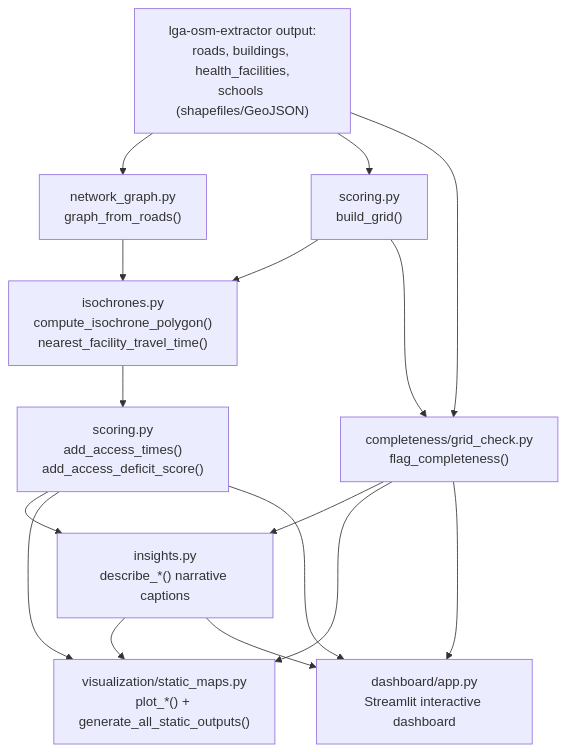
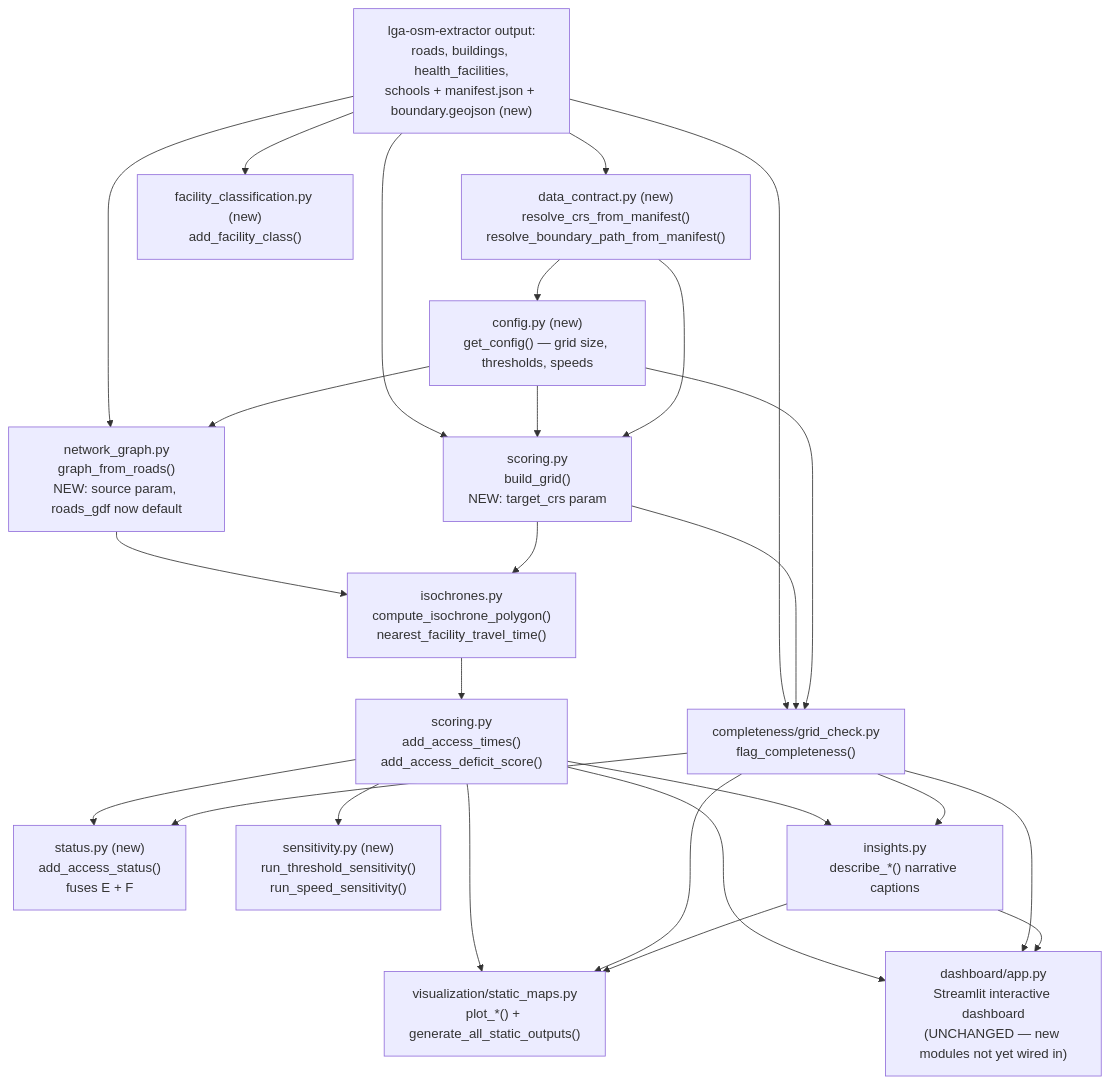
Before and after one commit to Mapkathon2026-UseOSM/UseOSM_Mapkathon-Submission-documentation: the diagram in docs/akure-accessibility-dashboard/overview.md, drawn with Mermaid. The commit also changed other lines of this file and 12 other files, not shown here.

````diff
--- a/docs/akure-accessibility-dashboard/overview.md
+++ b/docs/akure-accessibility-dashboard/overview.md
@@ -53,18 +53,28 @@
 ```mermaid
 flowchart TD
-    A["lga-osm-extractor output:<br/>roads, buildings, health_facilities,<br/>schools (shapefiles/GeoJSON)"] --> B["network_graph.py<br/>graph_from_roads()"]
-    A --> C["scoring.py<br/>build_grid()"]
+    A["lga-osm-extractor output:<br/>roads, buildings, health_facilities,<br/>schools + manifest.json + boundary.geojson (new)"] --> DC["data_contract.py (new)<br/>resolve_crs_from_manifest()<br/>resolve_boundary_path_from_manifest()"]
+    DC --> CFG["config.py (new)<br/>get_config() — grid size, thresholds, speeds"]
+    A --> B["network_graph.py<br/>graph_from_roads()<br/>NEW: source param, roads_gdf now default"]
+    CFG --> B
+    A --> C["scoring.py<br/>build_grid()<br/>NEW: target_crs param"]
+    CFG --> C
+    DC --> C
     B --> D["isochrones.py<br/>compute_isochrone_polygon()<br/>nearest_facility_travel_time()"]
     C --> D
     D --> E["scoring.py<br/>add_access_times()<br/>add_access_deficit_score()"]
     A --> F["completeness/grid_check.py<br/>flag_completeness()"]
     C --> F
+    CFG --> F
+    A --> FC["facility_classification.py (new)<br/>add_facility_class()"]
+    E --> ST["status.py (new)<br/>add_access_status()<br/>fuses E + F"]
+    F --> ST
+    E --> SV["sensitivity.py (new)<br/>run_threshold_sensitivity()<br/>run_speed_sensitivity()"]
     E --> G["insights.py<br/>describe_*() narrative captions"]
     F --> G
     E --> H["visualization/static_maps.py<br/>plot_*() + generate_all_static_outputs()"]
     F --> H
     G --> H
-    E --> I["dashboard/app.py<br/>Streamlit interactive dashboard"]
+    E --> I["dashboard/app.py<br/>Streamlit interactive dashboard<br/>(UNCHANGED — new modules not yet wired in)"]
     F --> I
     G --> I
 ```
````
